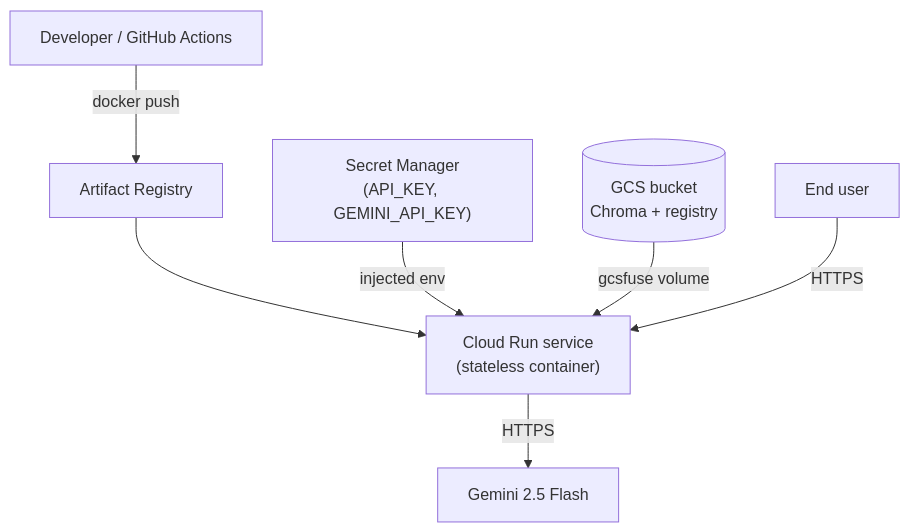
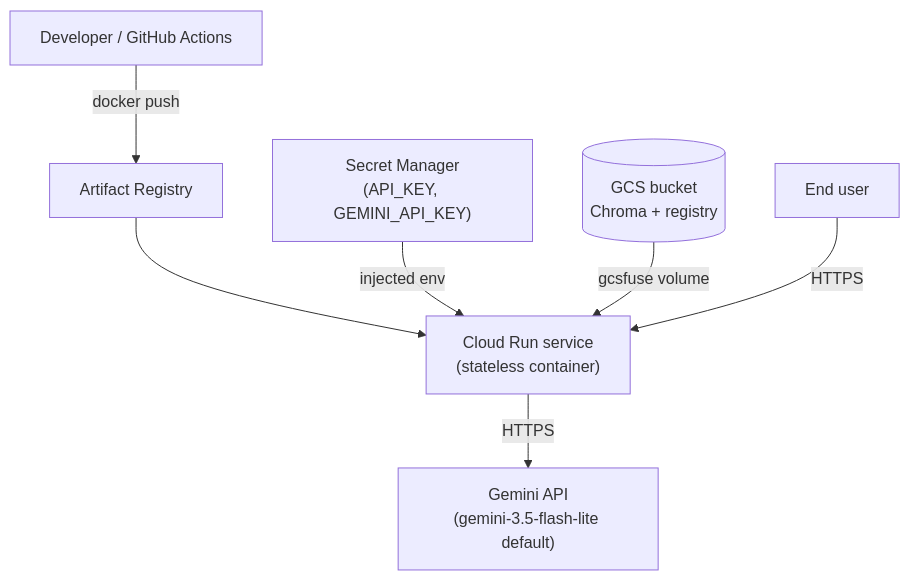
Before and after one commit to annadisandeep/enterprise-ai-knowledge-assistant: the fourth of 4 diagrams in docs/ARCHITECTURE.md, drawn with Mermaid. The commit also changed other lines of this file and 7 other files, not shown here.

````diff
--- a/docs/ARCHITECTURE.md
+++ b/docs/ARCHITECTURE.md
@@ -175,9 +175,9 @@
 ```mermaid
 flowchart TD
     Dev["Developer / GitHub Actions"] -->|docker push| AR["Artifact Registry"]
     AR --> CR["Cloud Run service<br/>(stateless container)"]
     SM["Secret Manager<br/>(API_KEY, GEMINI_API_KEY)"] -->|injected env| CR
     GCS[("GCS bucket<br/>Chroma + registry")] -->|gcsfuse volume| CR
-    CR -->|HTTPS| GEM["Gemini 2.5 Flash"]
+    CR -->|HTTPS| GEM["Gemini API<br/>(gemini-3.5-flash-lite default)"]
     User["End user"] -->|HTTPS| CR
 ```
````
